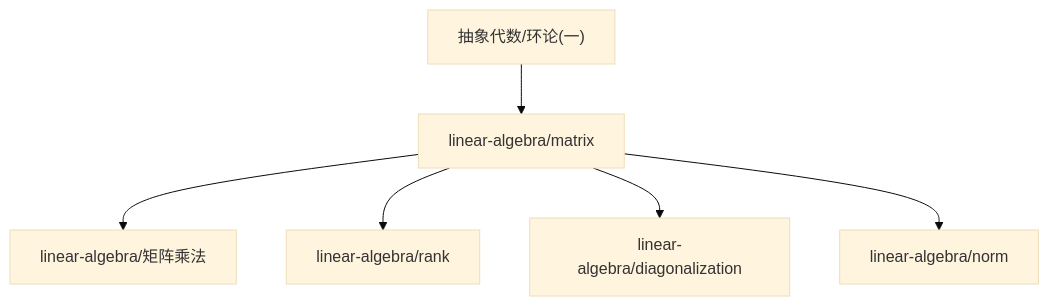
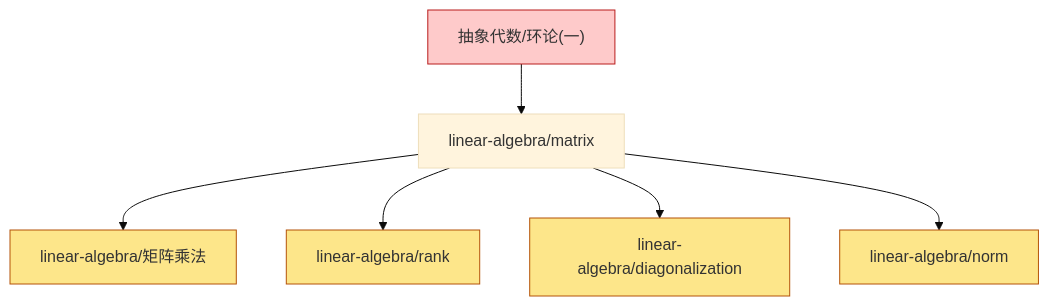
The diagram in content/linear-algebra/dependency_graph.md (zeroDtree/zeroDtree.github.io), drawn with Mermaid (base theme) before and after one commit. The commit also changed 16 other files, not shown here.

````diff
--- a/content/linear-algebra/dependency_graph.md
+++ b/content/linear-algebra/dependency_graph.md
@@ -1,8 +1,14 @@
 ```mermaid
 graph TD
 1["linear-algebra/matrix"] --> 0["linear-algebra/矩阵乘法"]
 1["linear-algebra/matrix"] --> 2["linear-algebra/rank"]
 4["抽象代数/环论(一)"] --> 1["linear-algebra/matrix"]
 1["linear-algebra/matrix"] --> 5["linear-algebra/diagonalization"]
 1["linear-algebra/matrix"] --> 6["linear-algebra/norm"]
+classDef leaf fill:#fde68a,stroke:#b45309
+class 0,2,5,6 leaf
+classDef root fill:#bfdbfe,stroke:#1d4ed8
+class 3 root
+classDef externalRoot fill:#fecaca,stroke:#b91c1c
+class 4 externalRoot
 ```
````
